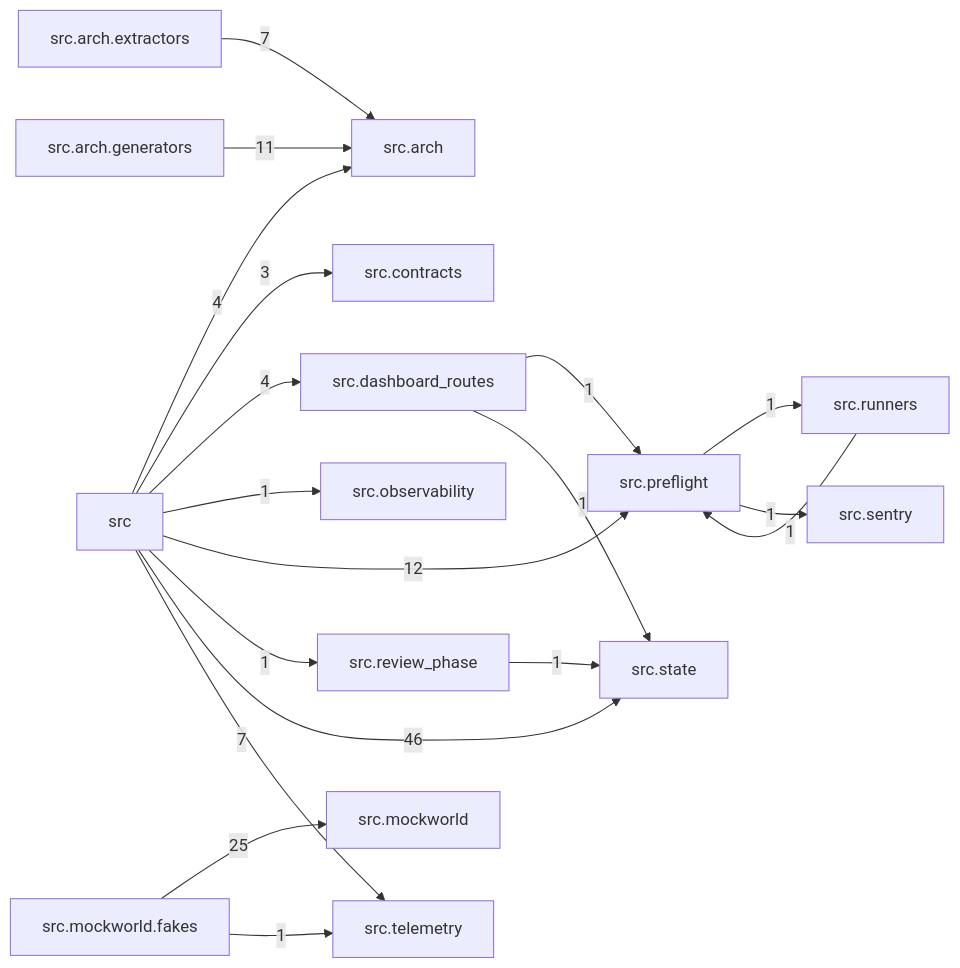
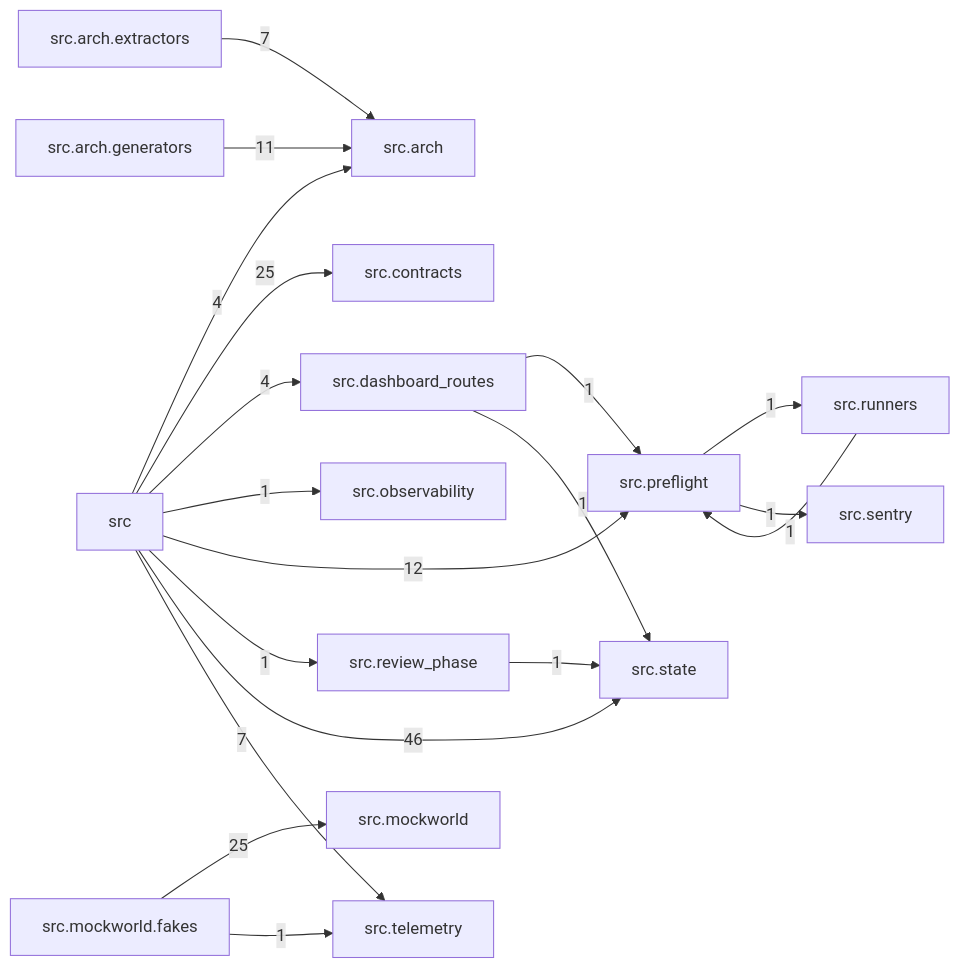
The diagram in docs/arch/generated/modules.md (T-rav/hyrdaflow), drawn with Mermaid before and after one commit. The commit also changed other lines of this file and 10 other files, not shown here.

````diff
--- a/docs/arch/generated/modules.md
+++ b/docs/arch/generated/modules.md
@@ -7,36 +7,36 @@
 ```mermaid
 graph LR
     src["src"]
     src_arch["src.arch"]
     src_arch_extractors["src.arch.extractors"]
     src_arch_generators["src.arch.generators"]
     src_contracts["src.contracts"]
     src_dashboard_routes["src.dashboard_routes"]
     src_mockworld["src.mockworld"]
     src_mockworld_fakes["src.mockworld.fakes"]
     src_observability["src.observability"]
     src_preflight["src.preflight"]
     src_review_phase["src.review_phase"]
     src_runners["src.runners"]
     src_sentry["src.sentry"]
     src_state["src.state"]
     src_telemetry["src.telemetry"]
     src -- "4" --> src_arch
-    src -- "3" --> src_contracts
+    src -- "25" --> src_contracts
     src -- "4" --> src_dashboard_routes
     src -- "1" --> src_observability
     src -- "12" --> src_preflight
     src -- "1" --> src_review_phase
     src -- "46" --> src_state
     src -- "7" --> src_telemetry
     src_arch_extractors -- "7" --> src_arch
     src_arch_generators -- "11" --> src_arch
     src_dashboard_routes -- "1" --> src_preflight
     src_dashboard_routes -- "1" --> src_state
     src_mockworld_fakes -- "25" --> src_mockworld
     src_mockworld_fakes -- "1" --> src_telemetry
     src_preflight -- "1" --> src_runners
     src_preflight -- "1" --> src_sentry
     src_review_phase -- "1" --> src_state
     src_runners -- "1" --> src_preflight
 ```
````
